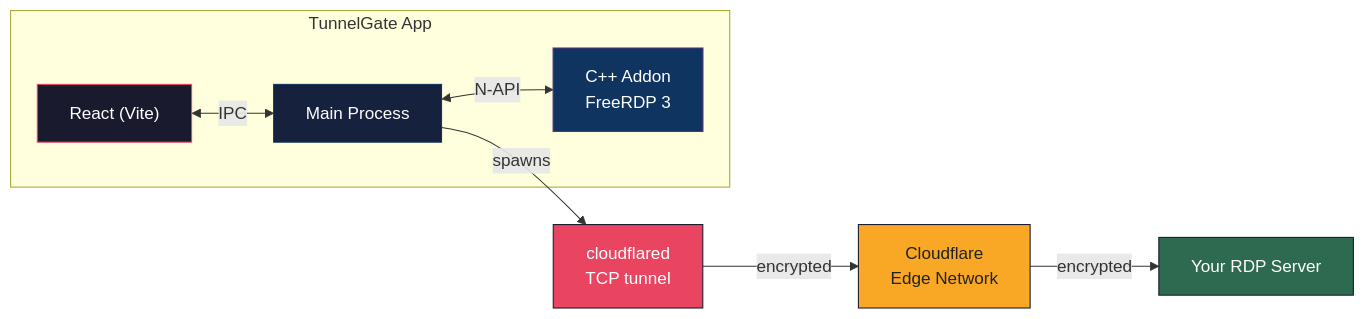
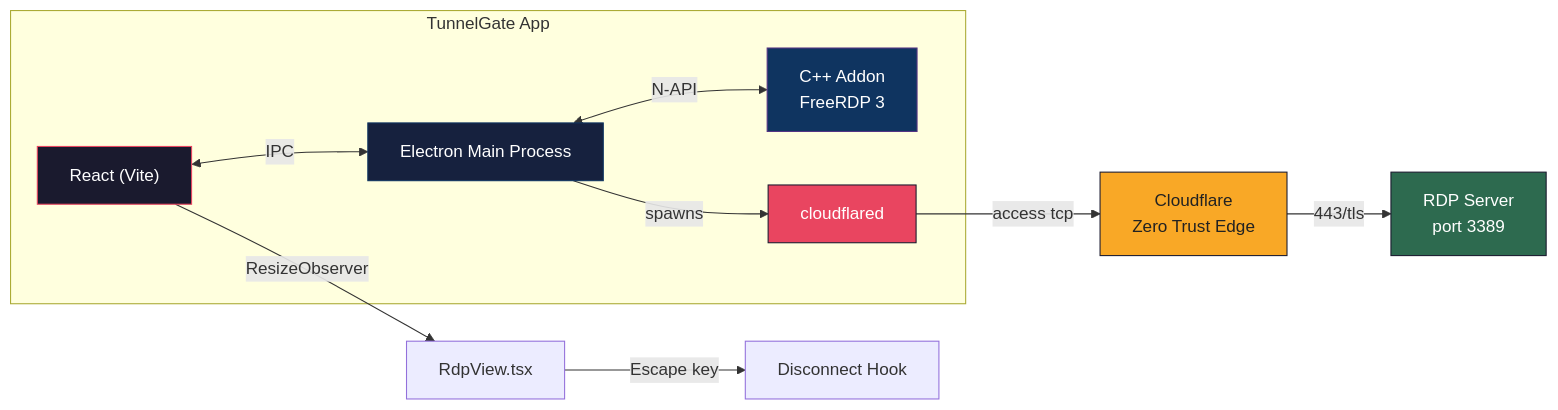
Before and after one commit to RandomKid24/cloudflareRDB-gui: the first of 2 diagrams in README.md, drawn with Mermaid. The commit also changed other lines of this file and 15 other files, not shown here.

````diff
--- a/README.md
+++ b/README.md
@@ -78,18 +55,21 @@
 ```mermaid
 flowchart LR
     subgraph App["TunnelGate App"]
-        React["React (Vite)"] <-->|IPC| Main["Main Process"]
+        UI["React (Vite)"] <-->|IPC| Main["Electron Main Process"]
         Main <-->|N-API| Native["C++ Addon<br/>FreeRDP 3"]
+        Main -->|spawns| CT["cloudflared"]
     end
 
-    Main -->|spawns| Tunnel["cloudflared<br/>TCP tunnel"]
-    Tunnel -->|encrypted| CF["Cloudflare<br/>Edge Network"]
-    CF -->|encrypted| Server["Your RDP Server"]
+    CT -->|"access tcp"| CF["Cloudflare<br/>Zero Trust Edge"]
+    CF -->|"443/tls"| Server["RDP Server<br/>port 3389"]
 
-    style React fill:#1a1a2e,stroke:#e94560,color:#fff
+    UI -->|"ResizeObserver"| Rdp["RdpView.tsx"]
+    Rdp -->|"Escape key"| Disc["Disconnect Hook"]
+
+    style UI fill:#1a1a2e,stroke:#e94560,color:#fff
     style Main fill:#16213e,stroke:#0f3460,color:#fff
     style Native fill:#0f3460,stroke:#533483,color:#fff
-    style Tunnel fill:#e94560,stroke:#1a1a2e,color:#fff
+    style CT fill:#e94560,stroke:#1a1a2e,color:#fff
     style CF fill:#f9a826,stroke:#1a1a2e,color:#222
     style Server fill:#2d6a4f,stroke:#1a1a2e,color:#fff
 ```
````
